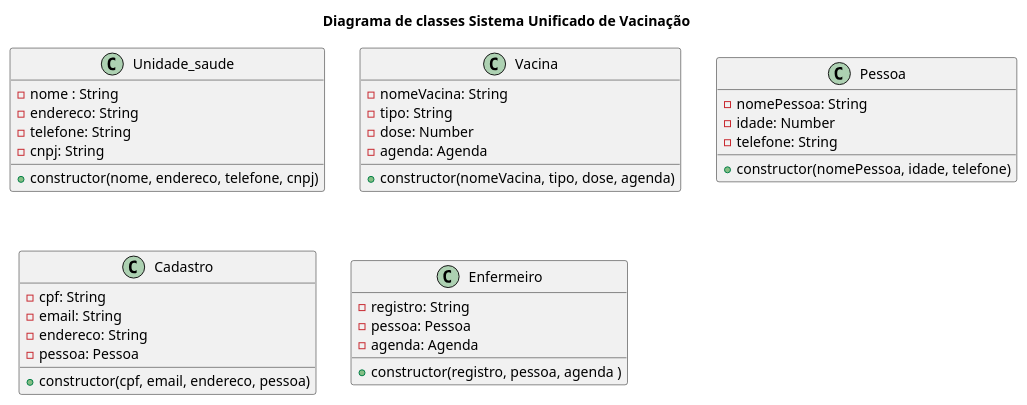
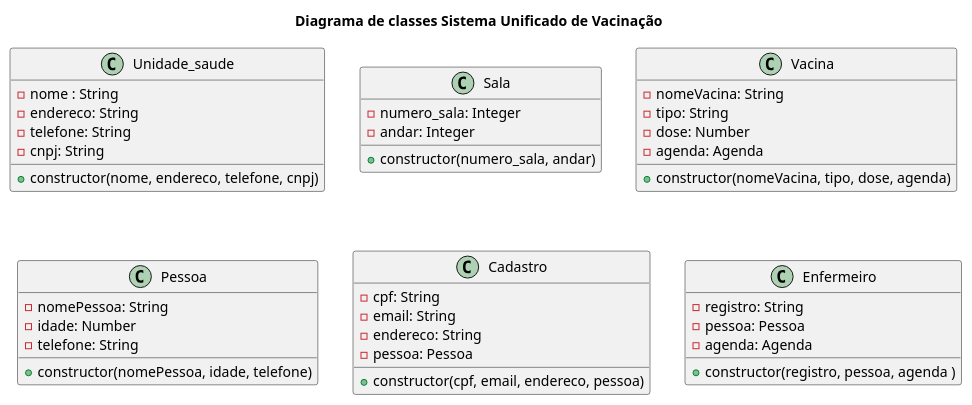
The diagram in diagrama_classe.plantuml (anleaes/2022-1-N2-POO-01), drawn with PlantUML before and after one commit.

Commit message:
implementacao da classe sala no diagrama

```diff
--- a/diagrama_classe.plantuml
+++ b/diagrama_classe.plantuml
@@ -1,46 +1,52 @@
 @startuml
 
 title Diagrama de classes Sistema Unificado de Vacinação
 
 class Unidade_saude{
     - nome : String
     - endereco: String
     - telefone: String
     - cnpj: String
     + constructor(nome, endereco, telefone, cnpj)
+}
+
+class Sala{
+    - numero_sala: Integer
+    - andar: Integer
+    + constructor(numero_sala, andar)
 }
 
 
 Class Vacina{
     - nomeVacina: String
     - tipo: String
     - dose: Number
     - agenda: Agenda
     + constructor(nomeVacina, tipo, dose, agenda)
 }
 
 class Pessoa{
     - nomePessoa: String
     - idade: Number
     - telefone: String
     + constructor(nomePessoa, idade, telefone)
 }
 
 class Cadastro {
     - cpf: String
     - email: String
     - endereco: String
     - pessoa: Pessoa
     + constructor(cpf, email, endereco, pessoa)
 }
 
 class Enfermeiro {
     - registro: String
     - pessoa: Pessoa
     - agenda: Agenda
     + constructor(registro, pessoa, agenda )
 }
 
 
 
 @enduml
```
